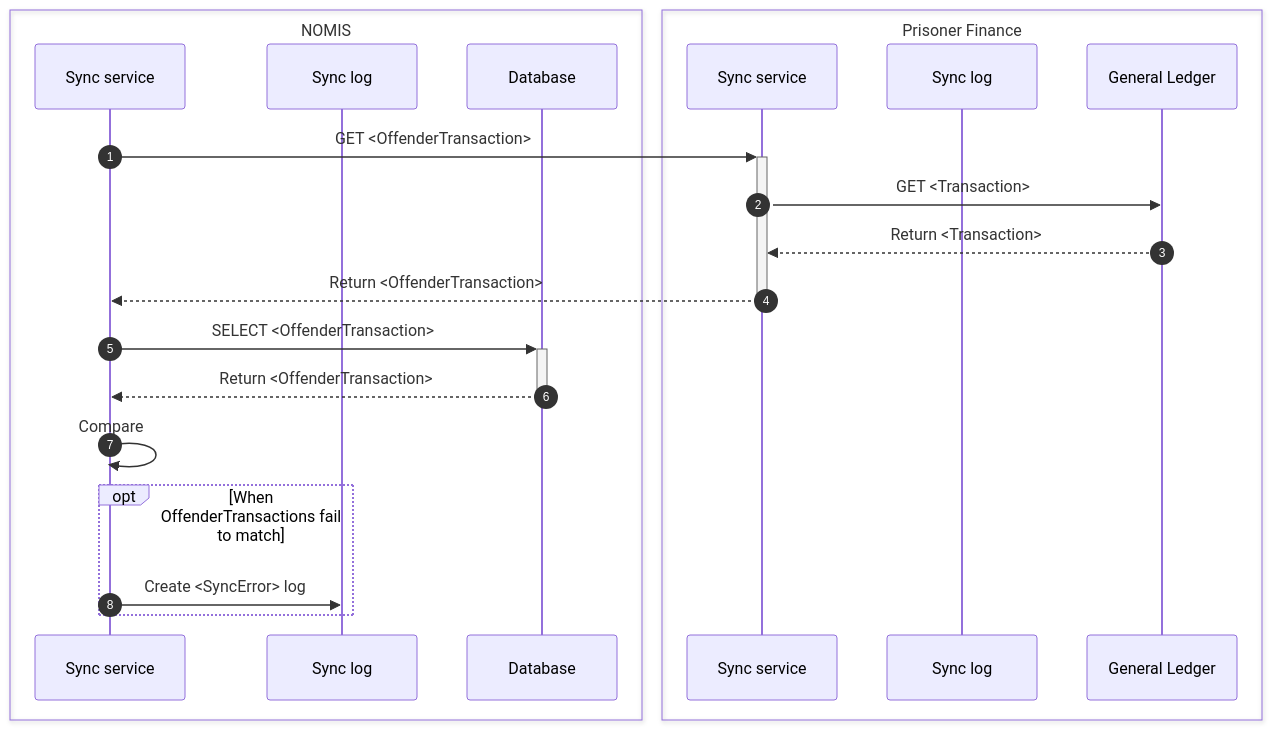
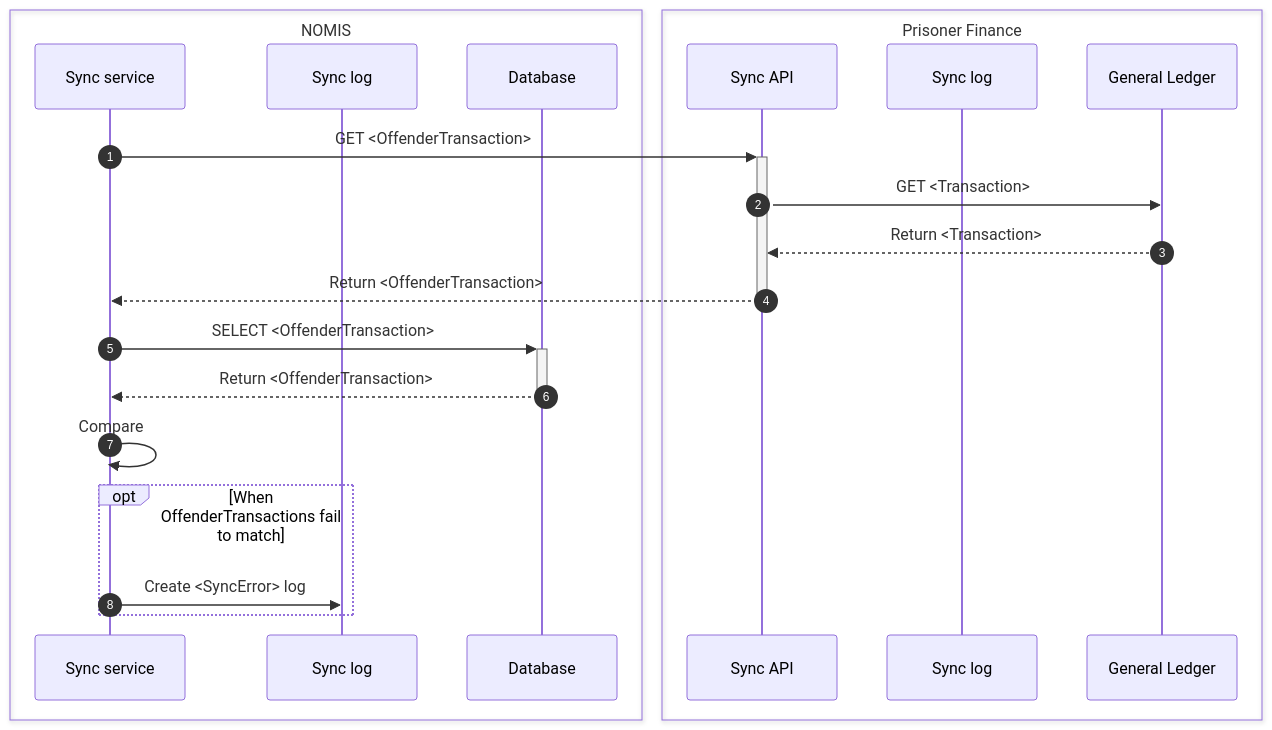
One commit to ministryofjustice/hmpps-prisoner-finance-sync-api changed the fourth of 6 diagrams in docs/architecture/docs/sync-processes.md. Above: the diagram before and after it, drawn with Mermaid. The commit also changed other lines of this file and 5 other files, not shown here.

````diff
--- a/docs/architecture/docs/sync-processes.md
+++ b/docs/architecture/docs/sync-processes.md
@@ -132,26 +154,26 @@
 ```mermaid
 sequenceDiagram
     box NOMIS
         participant NOMIS.sync as Sync service
         participant NOMIS.log as Sync log
         participant NOMIS.DB as Database
     end
     box Prisoner Finance
-        participant PF.sync as Sync service
+        participant PF.sync as Sync API
         participant PF.log as Sync log
         participant PF.ledger as General Ledger
     end
 
     autonumber
 
     NOMIS.sync ->>+ PF.sync: GET <OffenderTransaction>
     PF.sync ->> PF.ledger: GET <Transaction>
     PF.ledger -->> PF.sync: Return <Transaction>
     PF.sync -->>- NOMIS.sync: Return <OffenderTransaction>
     NOMIS.sync ->>+ NOMIS.DB: SELECT <OffenderTransaction>
     NOMIS.DB -->>- NOMIS.sync: Return <OffenderTransaction>
     NOMIS.sync ->> NOMIS.sync: Compare
     opt When OffenderTransactions fail to match
         NOMIS.sync ->> NOMIS.log: Create <SyncError> log
     end
 ```
````
